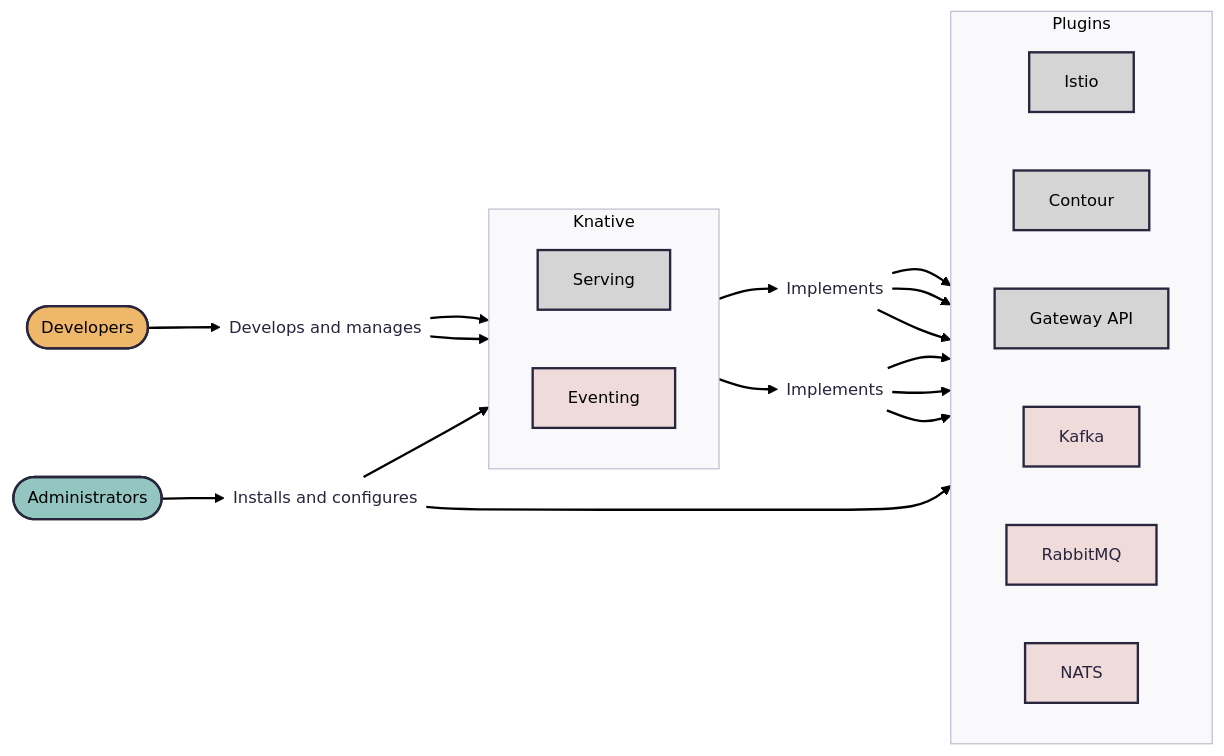
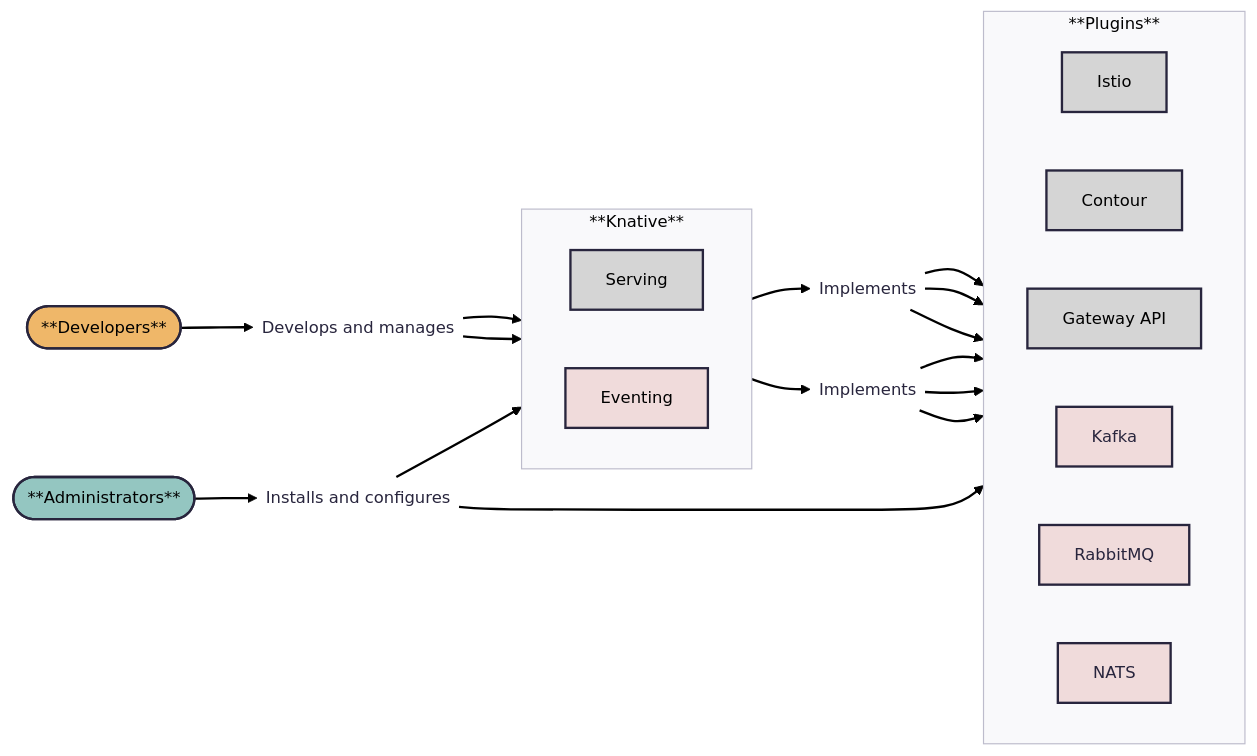
Before and after one commit to knative/docs: the diagram in docs/versioned/admin/admin-overview.md, drawn with Mermaid.

Commit message:
Update admin-overview.md
mermaid tweaks

````diff
--- a/docs/versioned/admin/admin-overview.md
+++ b/docs/versioned/admin/admin-overview.md
@@ -14,52 +14,49 @@
 ```mermaid
 ---
 config:
   theme: redux
   layout: dagre
   look: classic
 ---
 flowchart LR
- subgraph Knative[" Knative "]
+ subgraph Knative["**Knative**"]
     direction LR
         Serving["Serving"]
         Eventing["Eventing"]
   end
- subgraph Plugins[" Plugins "]
+ subgraph Plugins["**Plugins**"]
     direction LR
         net-istio["Istio"]
         net-contour["Contour"]
         net-gateway-api["Gateway API"]
         event-kafka["Kafka"]
         event-rabbitmq["RabbitMQ"]
         event-nats["NATS"]
   end
-    Dev(["Developers"]) --> dev-acts["Develops and manages"]
+    Dev(["**Developers**"]) --> dev-acts["Develops and manages"]
     dev-acts --> Serving & Eventing
-    Admin(["Administrators"]) --> admin-acts["Installs and configures"]
+    Admin(["**Administrators**"]) --> admin-acts["Installs and configures"]
     admin-acts --> Knative & Plugins
     Serving --> net-impl["Implements"]
     net-impl --> net-istio & net-contour & net-gateway-api
     Eventing --> event-impl["Implements"]
     event-impl --> event-kafka & event-rabbitmq & event-nats
     dev-acts@{ shape: text}
     admin-acts@{ shape: text}
     net-impl@{ shape: text}
     event-impl@{ shape: text}
     style Serving fill:#D5D5D5,color:#000000
     style Eventing fill:#F0DBDB,color:#000000
     style net-istio fill:#D5D5D5,color:#000000
     style net-contour fill:#D5D5D5,color:#000000
     style net-gateway-api fill:#D5D5D5,color:#000000
     style event-kafka fill:#F0DBDB
     style event-rabbitmq fill:#F0DBDB
     style event-nats fill:#F0DBDB
     style Dev fill:#EFB769,color:#000000
     style dev-acts fill:transparent
     style Admin fill:#94C6C1,color:#000000
     style admin-acts fill:transparent
     style net-impl fill:transparent
     style event-impl fill:transparent
-
-
-
 ```
````
